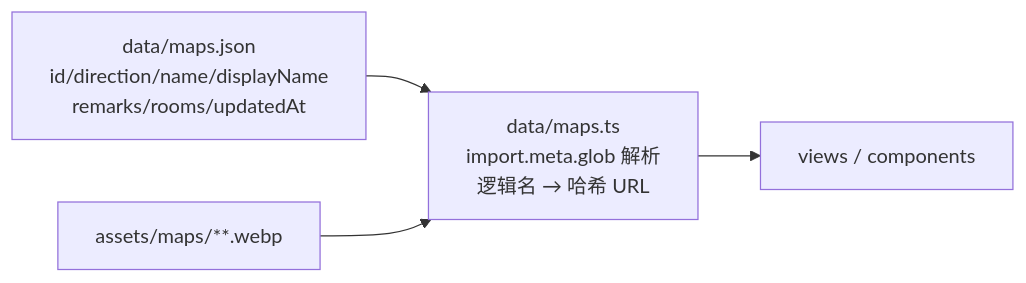
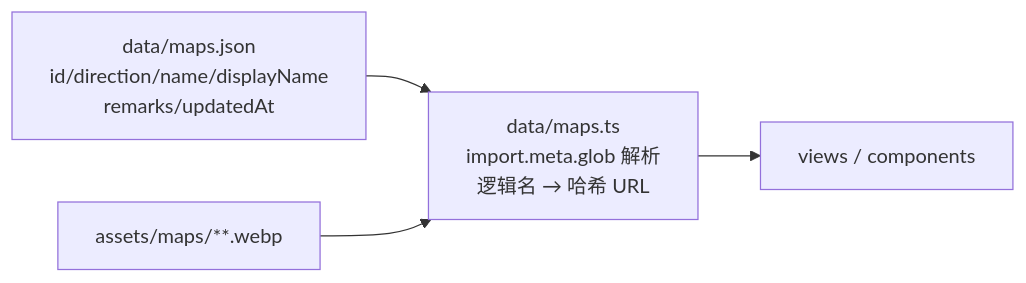
One commit to heytl/idv-cryptic-map changed the second of 2 diagrams in docs/ARCHITECTURE.md. Above: the diagram before and after it, drawn with Mermaid. The commit also changed other lines of this file and 3 other files, not shown here.

````diff
--- a/docs/ARCHITECTURE.md
+++ b/docs/ARCHITECTURE.md
@@ -53,6 +53,6 @@
 ```mermaid
 flowchart LR
-  J[data/maps.json<br>id/direction/name/displayName<br>remarks/rooms/updatedAt] --> T[data/maps.ts<br>import.meta.glob 解析<br>逻辑名 → 哈希 URL]
+  J[data/maps.json<br>id/direction/name/displayName<br>remarks/updatedAt] --> T[data/maps.ts<br>import.meta.glob 解析<br>逻辑名 → 哈希 URL]
   A[assets/maps/**.webp] --> T
   T --> V[views / components]
 ```
````
